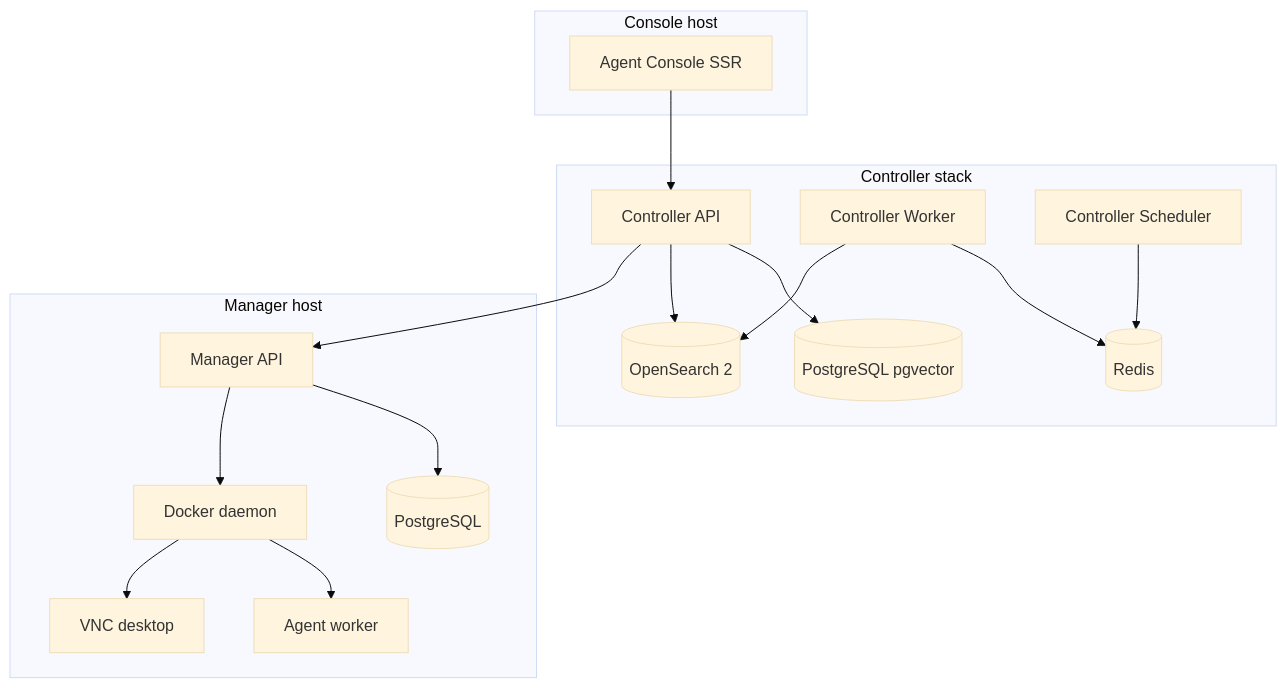
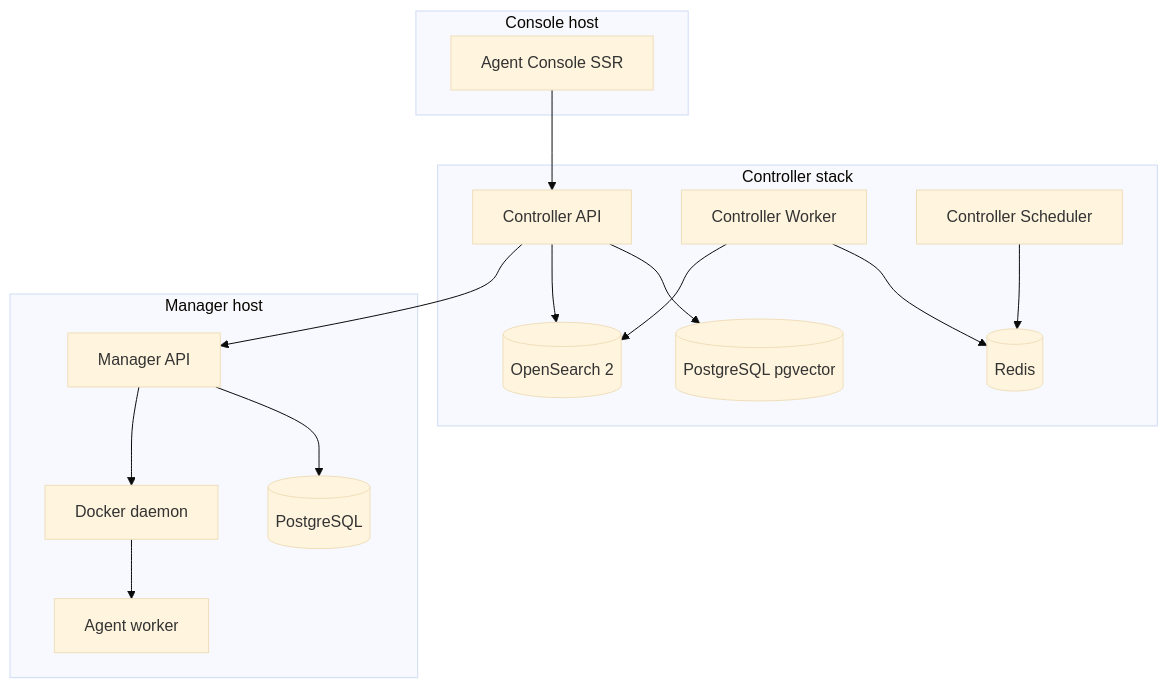
Before and after one commit to forepath/one: the diagram in docs/agenstra/deployment/system-requirements.md, drawn with Mermaid (base theme). The commit also changed other lines of this file and 47 other files, not shown here.

````diff
--- a/docs/agenstra/deployment/system-requirements.md
+++ b/docs/agenstra/deployment/system-requirements.md
@@ -14,35 +14,33 @@
 ```mermaid
 graph TB
     subgraph "Console host"
         FE[Agent Console SSR]
     end
 
     subgraph "Controller stack"
         C_API[Controller API]
         C_WRK[Controller Worker]
         C_SCH[Controller Scheduler]
         C_PG[(PostgreSQL pgvector)]
         C_RD[(Redis)]
         C_OS[(OpenSearch 2)]
     end
 
     subgraph "Manager host"
         M_API[Manager API]
         M_PG[(PostgreSQL)]
         DOCKER[Docker daemon]
         AW[Agent worker]
-        VNC[VNC desktop]
     end
 
     FE --> C_API
     C_API --> C_PG
     C_API --> C_OS
     C_WRK --> C_RD
     C_WRK --> C_OS
     C_SCH --> C_RD
     C_API --> M_API
     M_API --> M_PG
     M_API --> DOCKER
     DOCKER --> AW
-    DOCKER --> VNC
 ```
````
